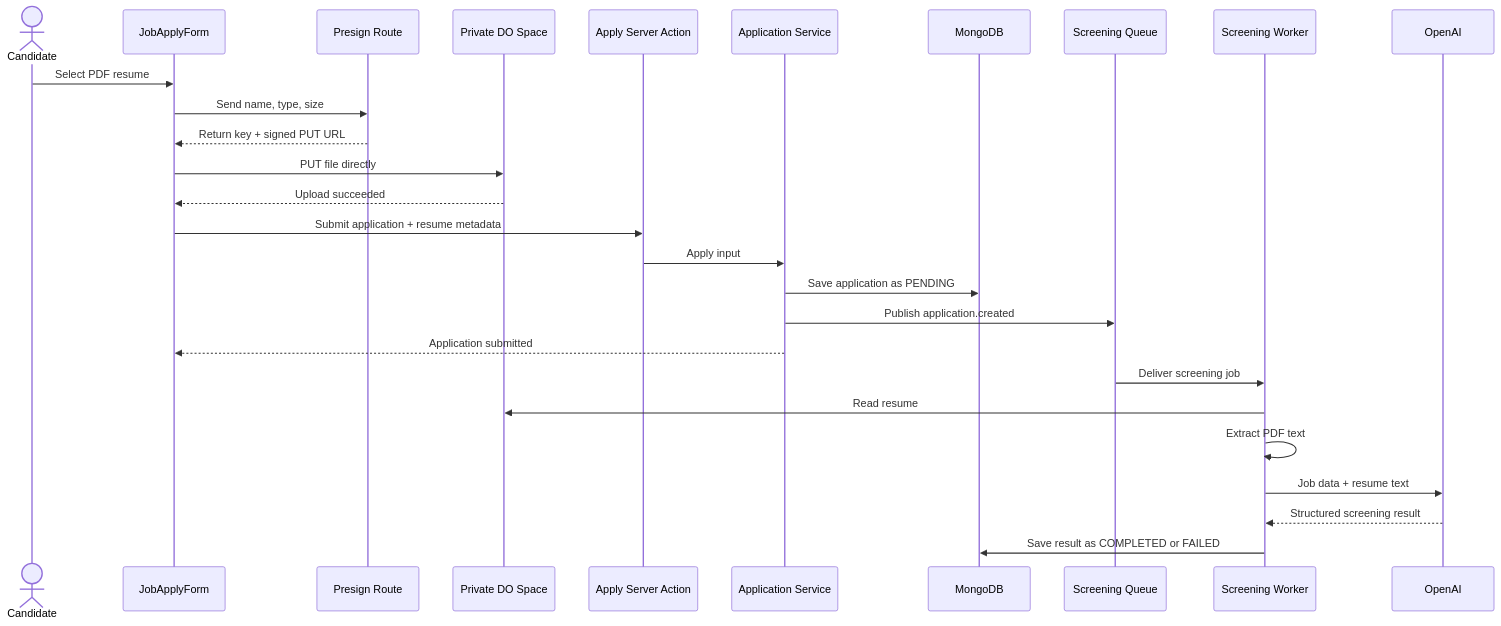
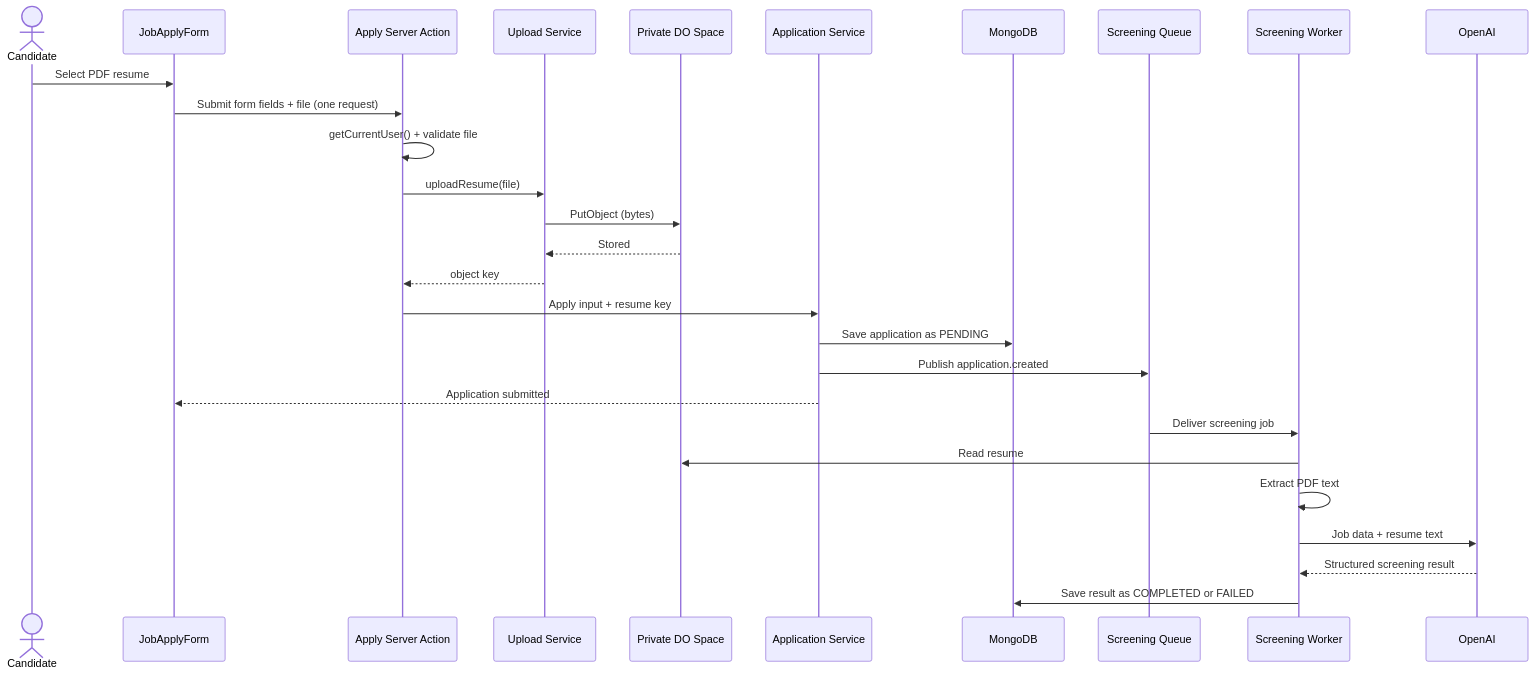
Before and after one commit to yaya1426/job-board: the second of 2 diagrams in docs/day-11-file-uploading-ai-screening/lecture-111-file-upload-architecture.md, drawn with Mermaid. The commit also changed other lines of this file and 23 other files, not shown here.

````diff
--- a/docs/day-11-file-uploading-ai-screening/lecture-111-file-upload-architecture.md
+++ b/docs/day-11-file-uploading-ai-screening/lecture-111-file-upload-architecture.md
@@ -61,30 +60,31 @@
 ```mermaid
 sequenceDiagram
   actor Candidate
   participant Form as JobApplyForm
-  participant Presign as Presign Route
+  participant Action as Apply Server Action
+  participant Upload as Upload Service
   participant Spaces as Private DO Space
-  participant Action as Apply Server Action
   participant Service as Application Service
   participant DB as MongoDB
   participant Queue as Screening Queue
   participant Worker as Screening Worker
   participant AI as OpenAI
 
   Candidate->>Form: Select PDF resume
-  Form->>Presign: Send name, type, size
-  Presign-->>Form: Return key + signed PUT URL
-  Form->>Spaces: PUT file directly
-  Spaces-->>Form: Upload succeeded
-  Form->>Action: Submit application + resume metadata
-  Action->>Service: Apply input
+  Form->>Action: Submit form fields + file (one request)
+  Action->>Action: getCurrentUser() + validate file
+  Action->>Upload: uploadResume(file)
+  Upload->>Spaces: PutObject (bytes)
+  Spaces-->>Upload: Stored
+  Upload-->>Action: object key
+  Action->>Service: Apply input + resume key
   Service->>DB: Save application as PENDING
   Service->>Queue: Publish application.created
   Service-->>Form: Application submitted
   Queue->>Worker: Deliver screening job
   Worker->>Spaces: Read resume
   Worker->>Worker: Extract PDF text
   Worker->>AI: Job data + resume text
   AI-->>Worker: Structured screening result
   Worker->>DB: Save result as COMPLETED or FAILED
 ```
````
